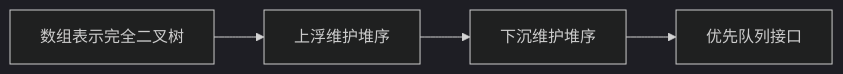
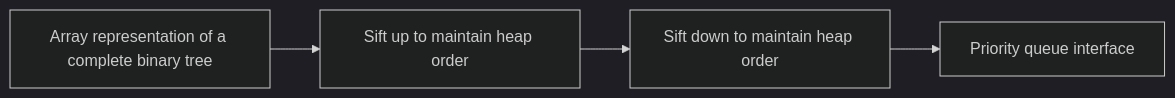
One commit to HONGLEI111/hhlblog-global changed the diagram in src/content/technology/heap.md. Above: the diagram before and after it, drawn with Mermaid (dark theme). The commit also changed 33 other files, not shown here.

First line of the commit message:
content(code): 翻译 mermaid 图节点标签（34 文件 / 267 处）

````diff
--- a/src/content/technology/heap.md
+++ b/src/content/technology/heap.md
@@ -223,6 +223,6 @@
  ```mermaid
 graph LR
-    A[数组表示完全二叉树] --> B[上浮维护堆序]
-    B --> C[下沉维护堆序]
-    C --> D[优先队列接口]
+    A[Array representation of a complete binary tree] --> B[Sift up to maintain heap order]
+    B --> C[Sift down to maintain heap order]
+    C --> D[Priority queue interface]
 ```
````
